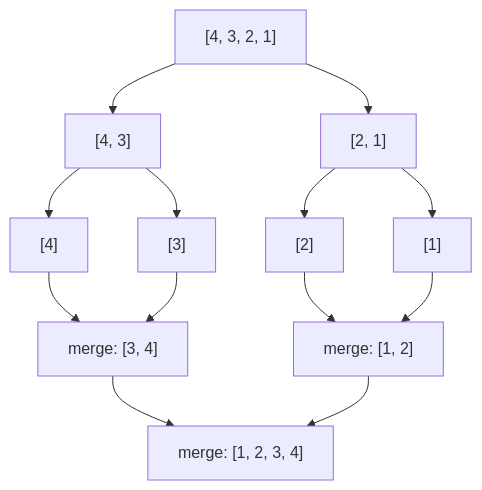
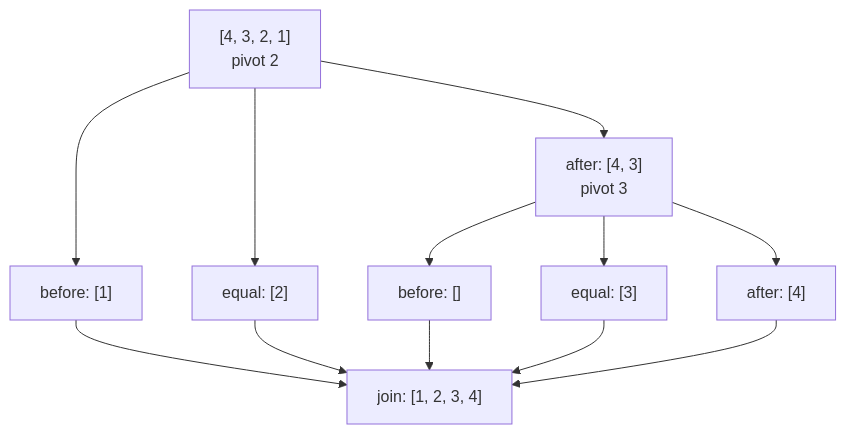
One commit to mintlify-demo/docs changed the diagram in merge-sort-api/guides/how-it-works.mdx. Above: the diagram before and after it, drawn with Mermaid. The commit also changed other lines of this file and 8 other files, not shown here.

````diff
--- a/merge-sort-api/guides/how-it-works.mdx
+++ b/merge-sort-api/guides/how-it-works.mdx
@@ -11,15 +17,14 @@
 ```mermaid
 flowchart TD
-    A["[4, 3, 2, 1]"] --> B["[4, 3]"]
-    A --> C["[2, 1]"]
-    B --> D["[4]"]
-    B --> E["[3]"]
-    C --> F["[2]"]
-    C --> G["[1]"]
-    D --> H["merge: [3, 4]"]
+    A["[4, 3, 2, 1]<br/>pivot 2"] --> B["before: [1]"]
+    A --> C["equal: [2]"]
+    A --> D["after: [4, 3]<br/>pivot 3"]
+    D --> E["before: []"]
+    D --> F["equal: [3]"]
+    D --> G["after: [4]"]
+    B --> H["join: [1, 2, 3, 4]"]
+    C --> H
     E --> H
-    F --> I["merge: [1, 2]"]
-    G --> I
-    H --> J["merge: [1, 2, 3, 4]"]
-    I --> J
+    F --> H
+    G --> H
 ```
````
